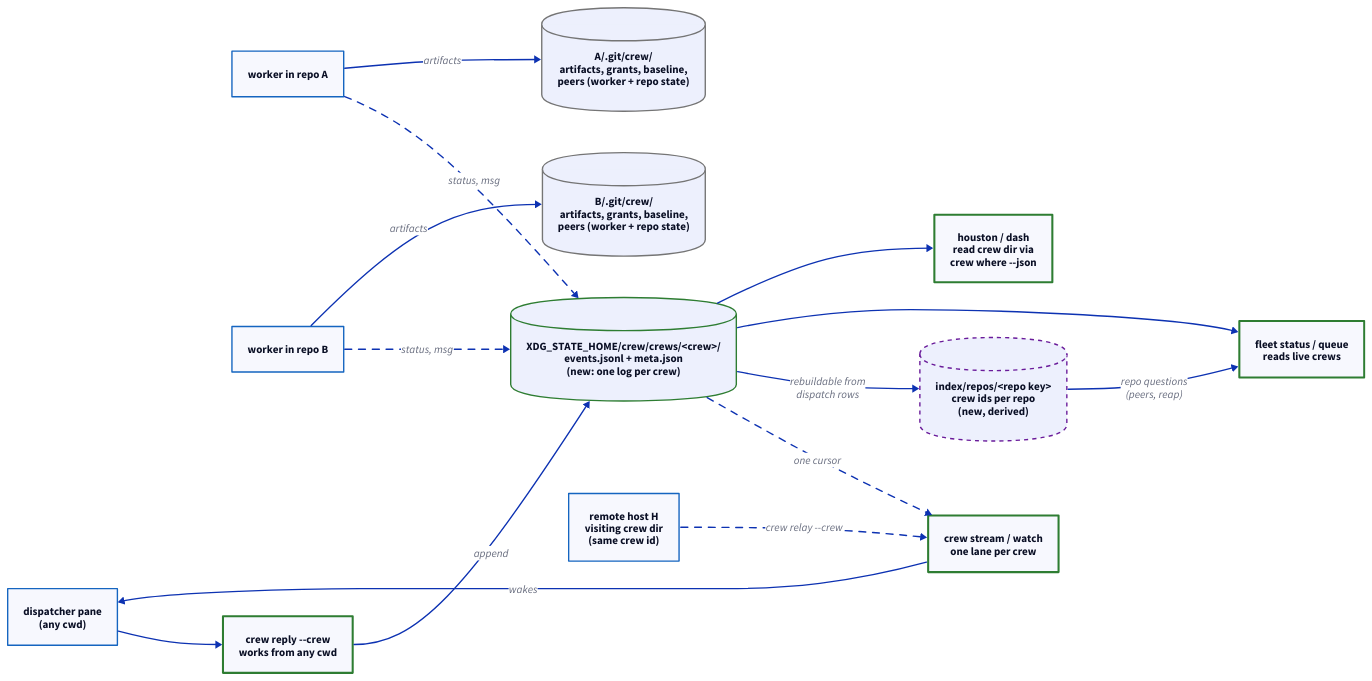
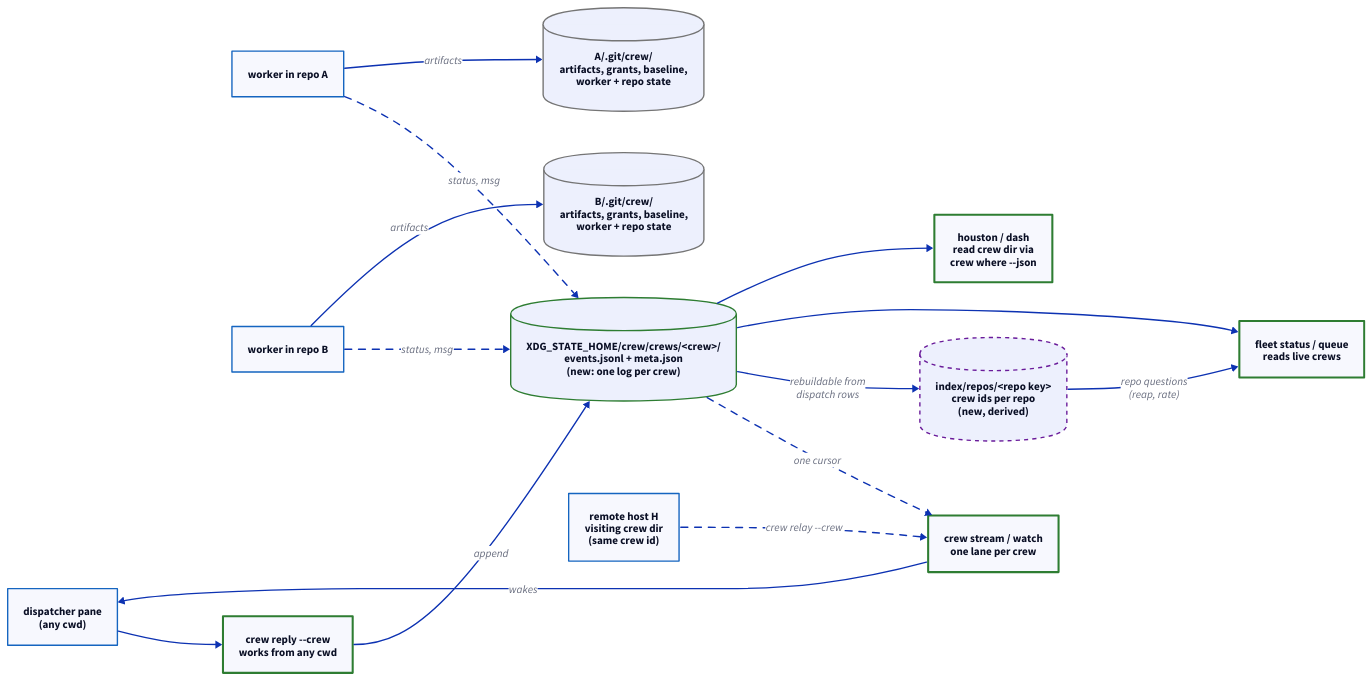
Before and after one commit to noamsto/dispatcher: the diagram in docs/diagrams/2026-11-23-feat-1740-design-crew-bus-keyed-by-crew-not-repo-d-plan.d2, drawn with D2. The commit also changed 3 other files, not shown here.

```diff
--- a/docs/diagrams/2026-11-23-feat-1740-design-crew-bus-keyed-by-crew-not-repo-d-plan.d2
+++ b/docs/diagrams/2026-11-23-feat-1740-design-crew-bus-keyed-by-crew-not-repo-d-plan.d2
@@ -1,39 +1,39 @@
 direction: right
 
 classes: {
   proc: {style: {stroke: "#1565C0"; stroke-width: 2}}
   store: {shape: cylinder; style: {stroke: "#2E7D32"; stroke-width: 2}}
   new: {style: {stroke: "#2E7D32"; stroke-width: 3}}
   derived: {shape: cylinder; style: {stroke: "#6A1B9A"; stroke-width: 2; stroke-dash: 3}}
   repo: {shape: cylinder; style: {stroke: "#757575"; stroke-width: 2}}
 }
 
 dispatcher: "dispatcher pane\n(any cwd)" {class: proc}
 workerA: "worker in repo A" {class: proc}
 workerB: "worker in repo B" {class: proc}
 
 crewlog: "XDG_STATE_HOME/crew/crews/<crew>/\nevents.jsonl + meta.json\n(new: one log per crew)" {class: store}
 index: "index/repos/<repo key>\ncrew ids per repo\n(new, derived)" {class: derived}
 
-repoA: "A/.git/crew/\nartifacts, grants, baseline,\npeers (worker + repo state)" {class: repo}
-repoB: "B/.git/crew/\nartifacts, grants, baseline,\npeers (worker + repo state)" {class: repo}
+repoA: "A/.git/crew/\nartifacts, grants, baseline,\nworker + repo state" {class: repo}
+repoB: "B/.git/crew/\nartifacts, grants, baseline,\nworker + repo state" {class: repo}
 
 stream: "crew stream / watch\none lane per crew" {class: new}
 reply: "crew reply --crew\nworks from any cwd" {class: new}
 fleet: "fleet status / queue\nreads live crews" {class: new}
 consumers: "houston / dash\nread crew dir via\ncrew where --json" {class: new}
 remote: "remote host H\nvisiting crew dir\n(same crew id)" {class: proc}
 
 workerA -> crewlog: "status, msg" {style.animated: true}
 workerB -> crewlog: "status, msg" {style.animated: true}
 workerA -> repoA: "artifacts"
 workerB -> repoB: "artifacts"
 crewlog -> stream: "one cursor" {style.animated: true}
 stream -> dispatcher: wakes
 dispatcher -> reply
 reply -> crewlog: append
 crewlog -> index: "rebuildable from\ndispatch rows"
-index -> fleet: "repo questions\n(peers, reap)"
+index -> fleet: "repo questions\n(reap, rate)"
 crewlog -> fleet
 crewlog -> consumers
 remote -> stream: "crew relay --crew" {style.animated: true}
```
